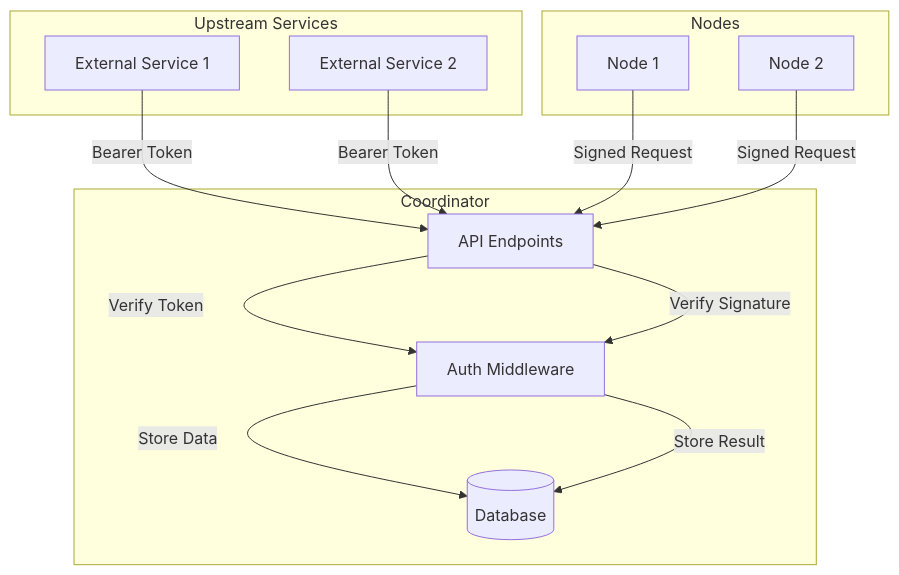
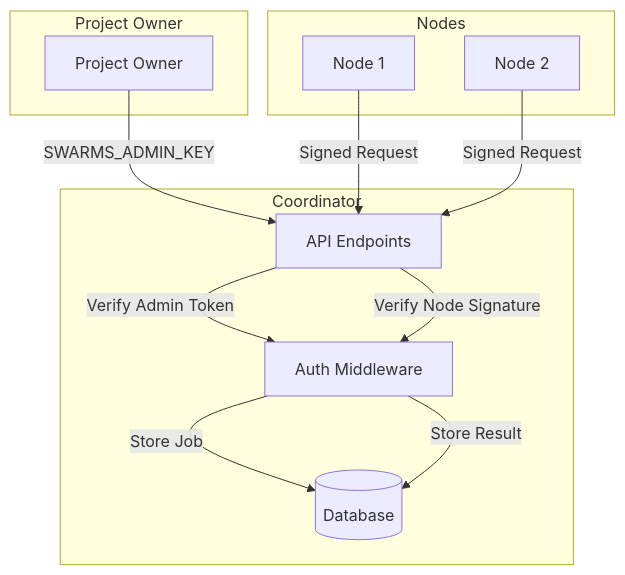
The diagram in coordinator/README.md (alexander-morris/swarms-task-koii), drawn with Mermaid before and after one commit. The commit also changed other lines of this file and 8 other files, not shown here.

Commit message:
fixing node auth and testing integrations

````diff
--- a/coordinator/README.md
+++ b/coordinator/README.md
@@ -106,27 +108,25 @@
 ```mermaid
 graph TD
-    subgraph "Upstream Services"
-        US1[External Service 1]
-        US2[External Service 2]
+    subgraph "Project Owner"
+        PO[Project Owner]
     end
 
     subgraph "Coordinator"
         API[API Endpoints]
         AUTH[Auth Middleware]
         DB[(Database)]
     end
 
     subgraph "Nodes"
         N1[Node 1]
         N2[Node 2]
     end
 
-    US1 -->|Bearer Token| API
-    US2 -->|Bearer Token| API
-    API -->|Verify Token| AUTH
-    AUTH -->|Store Data| DB
+    PO -->|SWARMS_ADMIN_KEY| API
+    API -->|Verify Admin Token| AUTH
+    AUTH -->|Store Job| DB
     N1 -->|Signed Request| API
     N2 -->|Signed Request| API
-    API -->|Verify Signature| AUTH
+    API -->|Verify Node Signature| AUTH
     AUTH -->|Store Result| DB
 ```
````
